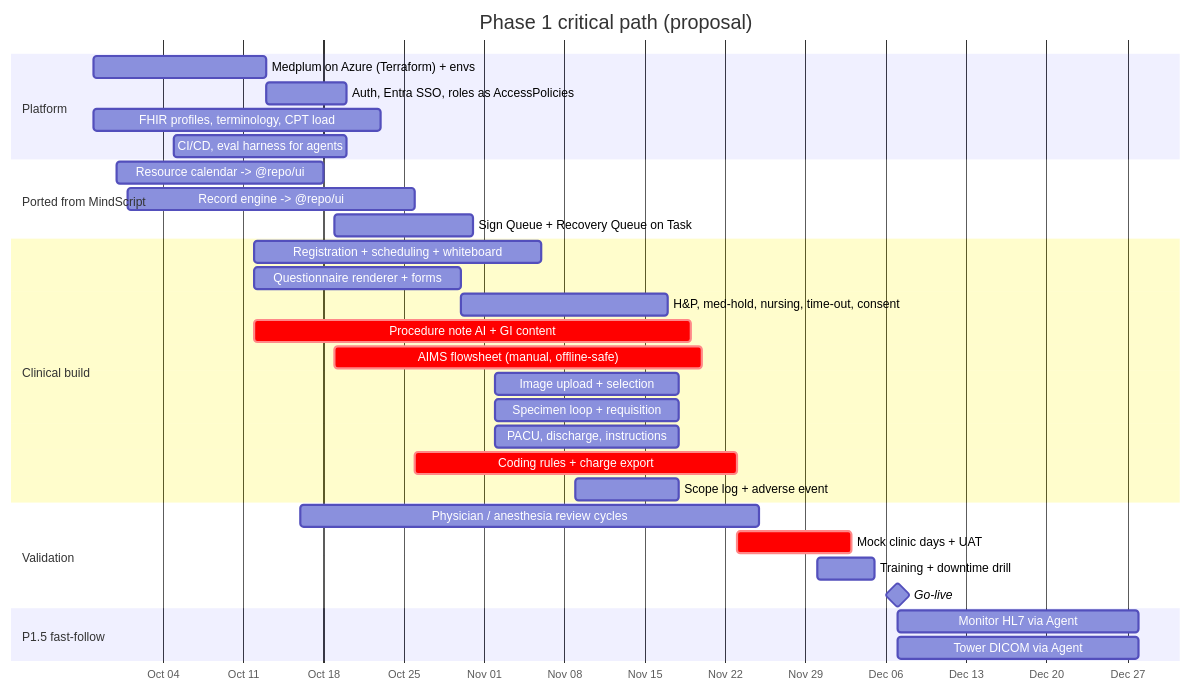
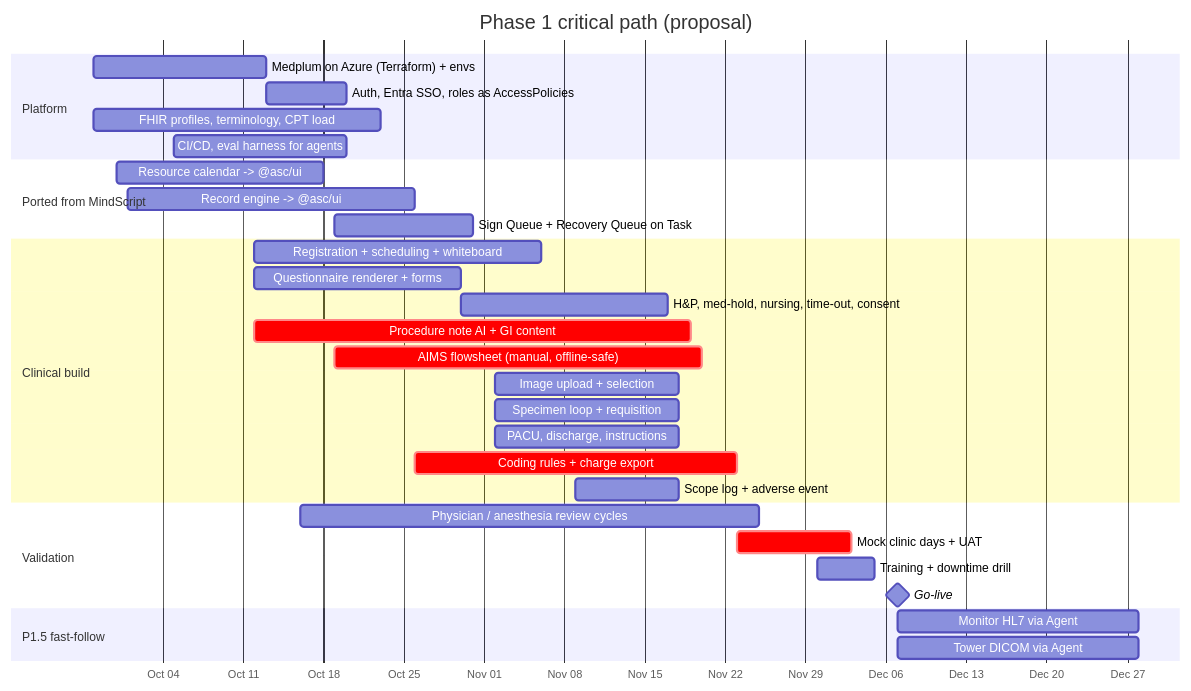
The diagram in docs/product/05-delivery-plan.md (imRahul05/ASC-EHR), drawn with Mermaid before and after one commit. The commit also changed other lines of this file and 88 other files, not shown here.

First line of the commit message:
chore: rename internal package scope @repo/* -> @asc/*

````diff
--- a/docs/product/05-delivery-plan.md
+++ b/docs/product/05-delivery-plan.md
@@ -7,39 +7,39 @@
 ```mermaid
 gantt
     title Phase 1 critical path (proposal)
     dateFormat YYYY-MM-DD
     axisFormat %b %d
 
     section Platform
     Medplum on Azure (Terraform) + envs      :pl1, 2026-09-28, 15d
     Auth, Entra SSO, roles as AccessPolicies :pl2, after pl1, 7d
     FHIR profiles, terminology, CPT load     :pl3, 2026-09-28, 25d
     CI/CD, eval harness for agents           :pl4, 2026-10-05, 15d
 
     section Ported from MindScript
-    Resource calendar -> @repo/ui            :ms1, 2026-09-30, 18d
-    Record engine -> @repo/ui                :ms2, 2026-10-01, 25d
+    Resource calendar -> @asc/ui            :ms1, 2026-09-30, 18d
+    Record engine -> @asc/ui                :ms2, 2026-10-01, 25d
     Sign Queue + Recovery Queue on Task      :ms3, 2026-10-19, 12d
 
     section Clinical build
     Registration + scheduling + whiteboard   :c1, 2026-10-12, 25d
     Questionnaire renderer + forms           :c2, 2026-10-12, 18d
     H&P, med-hold, nursing, time-out, consent:c3, after c2, 18d
     Procedure note AI + GI content           :crit, c4, 2026-10-12, 38d
     AIMS flowsheet (manual, offline-safe)    :crit, c5, 2026-10-19, 32d
     Image upload + selection                 :c6, 2026-11-02, 16d
     Specimen loop + requisition              :c7, 2026-11-02, 16d
     PACU, discharge, instructions            :c8, 2026-11-02, 16d
     Coding rules + charge export             :crit, c9, 2026-10-26, 28d
     Scope log + adverse event                :c10, 2026-11-09, 9d
 
     section Validation
     Physician / anesthesia review cycles     :v1, 2026-10-16, 40d
     Mock clinic days + UAT                   :crit, v2, 2026-11-23, 10d
     Training + downtime drill                :v3, 2026-11-30, 5d
     Go-live                                  :milestone, gl, 2026-12-07, 0d
 
     section P1.5 fast-follow
     Monitor HL7 via Agent                    :f1, 2026-12-07, 21d
     Tower DICOM via Agent                    :f2, 2026-12-07, 21d
 ```
````
